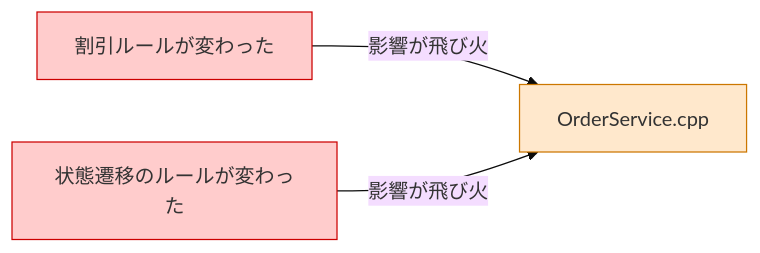
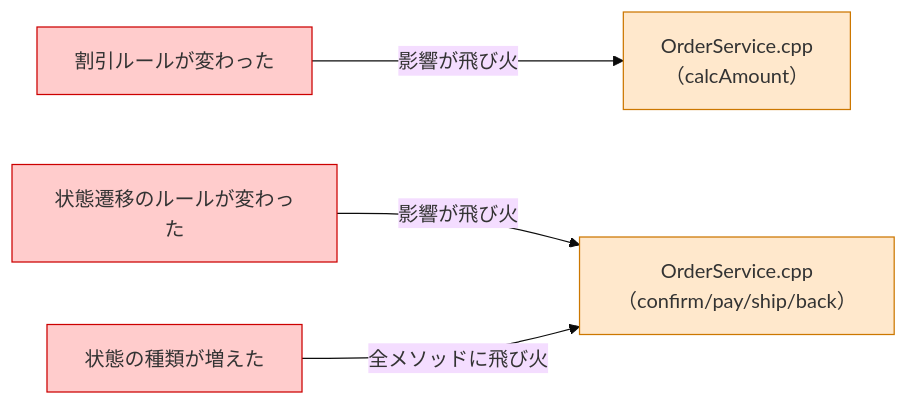
One commit to kumachan1101-pixel/DesignPattern changed the third of 6 diagrams in kindle/design-patterns/output/chapter09.md. Above: the diagram before and after it, drawn with Mermaid (base theme). The commit also changed other lines of this file and 1 other file, not shown here.

````diff
--- a/kindle/design-patterns/output/chapter09.md
+++ b/kindle/design-patterns/output/chapter09.md
@@ -146,13 +331,18 @@
 ```mermaid
 graph LR
     T1["割引ルールが変わった"]
     T2["状態遷移のルールが変わった"]
-    A["OrderService.cpp"]
+    T3["状態の種類が増えた"]
+    A["OrderService.cpp\n（calcAmount）"]
+    B["OrderService.cpp\n（confirm/pay/ship/back）"]
 
     T1 -->|影響が飛び火| A
-    T2 -->|影響が飛び火| A
+    T2 -->|影響が飛び火| B
+    T3 -->|全メソッドに飛び火| B
 
     style T1 fill:#ffcccc,stroke:#cc0000
     style T2 fill:#ffcccc,stroke:#cc0000
+    style T3 fill:#ffcccc,stroke:#cc0000
     style A fill:#ffe8cc,stroke:#cc7700
+    style B fill:#ffe8cc,stroke:#cc7700
 ```
````
